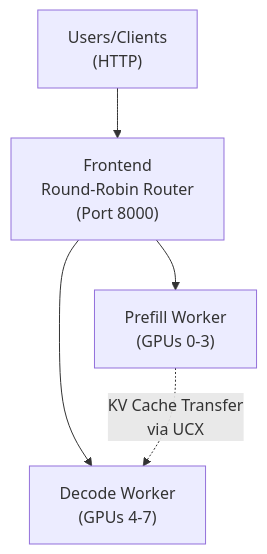
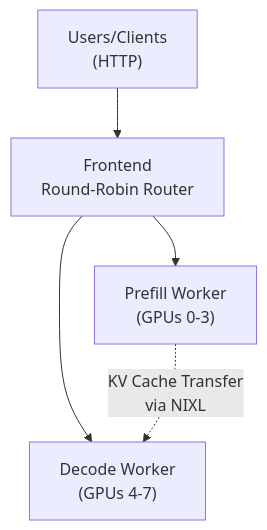
Before and after one commit to ai-dynamo/dynamo: the diagram in components/backends/trtllm/gpt-oss.md, drawn with Mermaid. The commit also changed other lines of this file and 3 other files, not shown here.

````diff
--- a/components/backends/trtllm/gpt-oss.md
+++ b/components/backends/trtllm/gpt-oss.md
@@ -240,8 +231,8 @@
 ```mermaid
 flowchart TD
-    Client["Users/Clients<br/>(HTTP)"] --> Frontend["Frontend<br/>Round-Robin Router<br/>(Port 8000)"]
+    Client["Users/Clients<br/>(HTTP)"] --> Frontend["Frontend<br/>Round-Robin Router"]
     Frontend --> Prefill["Prefill Worker<br/>(GPUs 0-3)"]
     Frontend --> Decode["Decode Worker<br/>(GPUs 4-7)"]
 
-    Prefill -.->|KV Cache Transfer<br/>via UCX| Decode
+    Prefill -.->|KV Cache Transfer<br/>via NIXL| Decode
 ```
````
